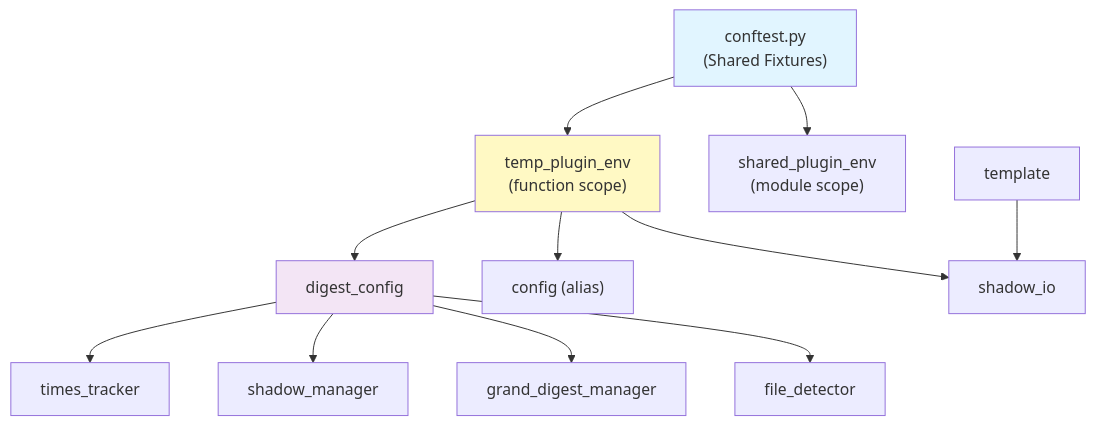
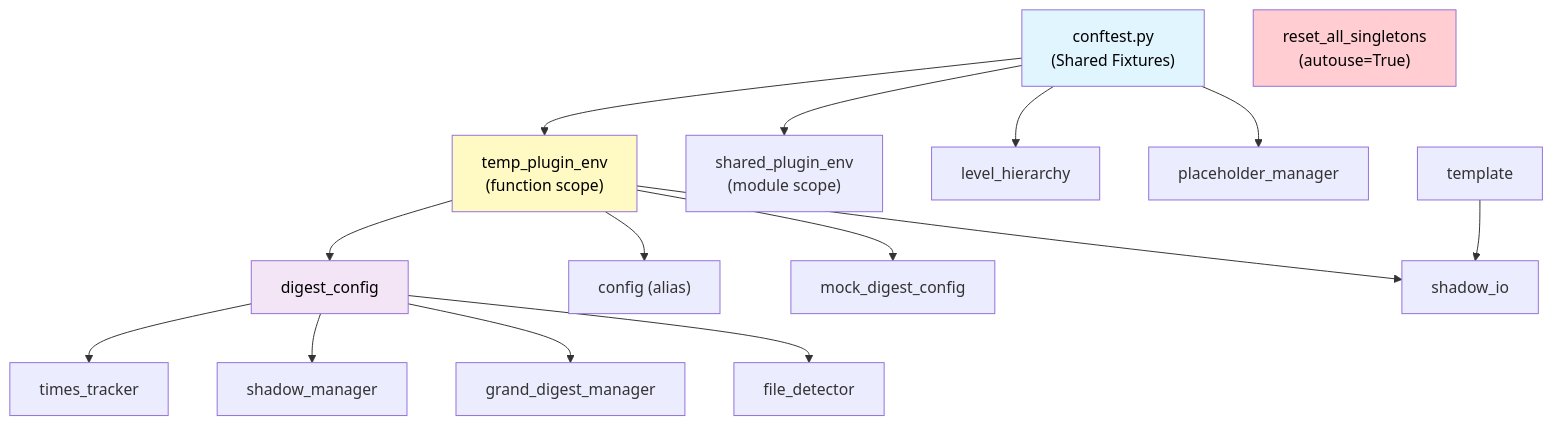
One commit to Bizuayeu/Plugins-Weave changed the diagram in EpisodicRAG/scripts/test/TESTING.md. Above: the diagram before and after it, drawn with Mermaid. The commit also changed other lines of this file and 2 other files, not shown here.

````diff
--- a/EpisodicRAG/scripts/test/TESTING.md
+++ b/EpisodicRAG/scripts/test/TESTING.md
@@ -78,21 +120,27 @@
 ```mermaid
 graph TD
     A["conftest.py<br/>(Shared Fixtures)"]
+    R["reset_all_singletons<br/>(autouse=True)"]
+
     A --> B["temp_plugin_env<br/>(function scope)"]
     A --> C["shared_plugin_env<br/>(module scope)"]
+    A --> L["level_hierarchy"]
+    A --> P["placeholder_manager"]
 
     B --> D["digest_config"]
     B --> E["config (alias)"]
+    B --> M["mock_digest_config"]
 
     D --> F["times_tracker"]
     D --> G["shadow_manager"]
     D --> H["grand_digest_manager"]
     D --> I["file_detector"]
 
     J["template"] --> K["shadow_io"]
     B --> K
 
-    style A fill:#e1f5ff
-    style B fill:#fff9c4
-    style D fill:#f3e5f5
+    style A fill:#e1f5ff,color:#000000
+    style B fill:#fff9c4,color:#000000
+    style D fill:#f3e5f5,color:#000000
+    style R fill:#ffcdd2,color:#000000
 ```
````
